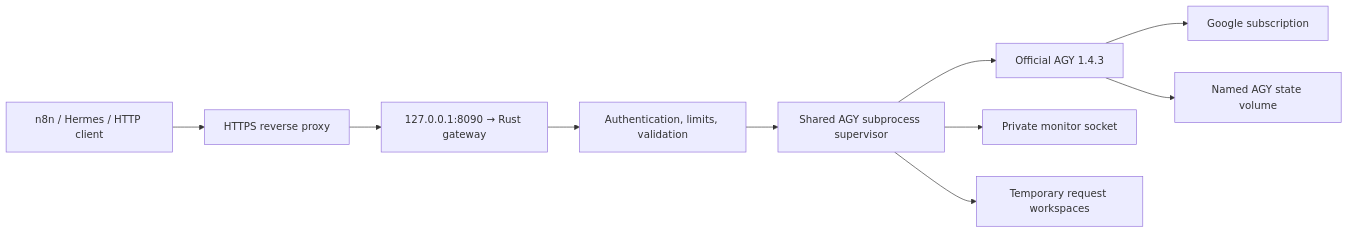
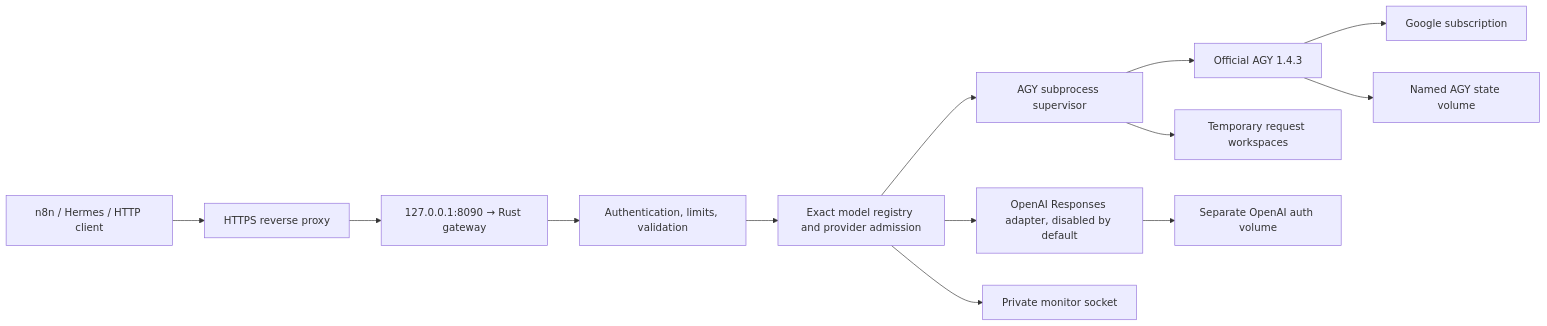
Before and after one commit to leomleao/ai-router: the diagram in README.md, drawn with Mermaid. The commit also changed other lines of this file and 28 other files, not shown here.

````diff
--- a/README.md
+++ b/README.md
@@ -11,12 +14,15 @@
 ```mermaid
 flowchart LR
     C[n8n / Hermes / HTTP client] --> P[HTTPS reverse proxy]
-    P --> R[127.0.0.1:8090 → Rust gateway]
-    R --> A[Authentication, limits, validation]
-    A --> M[Shared AGY subprocess supervisor]
+    P --> GW[127.0.0.1:8090 → Rust gateway]
+    GW --> A[Authentication, limits, validation]
+    A --> X[Exact model registry and provider admission]
+    X --> M[AGY subprocess supervisor]
+    X --> O[OpenAI Responses adapter, disabled by default]
     M --> G[Official AGY 1.4.3]
     G --> S[Google subscription]
-    M --> T[Private monitor socket]
+    X --> T[Private monitor socket]
     G --> V[Named AGY state volume]
+    O --> OV[Separate OpenAI auth volume]
     M --> W[Temporary request workspaces]
 ```
````
